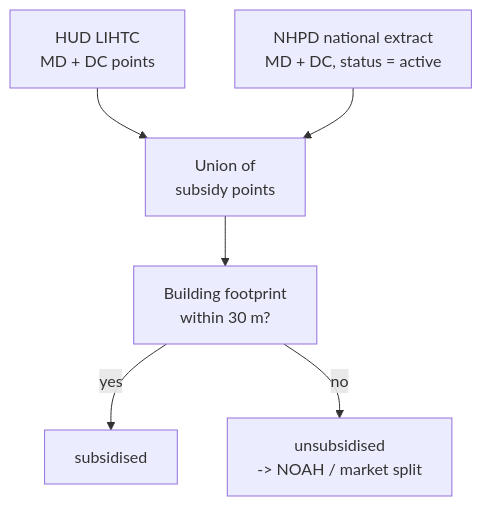
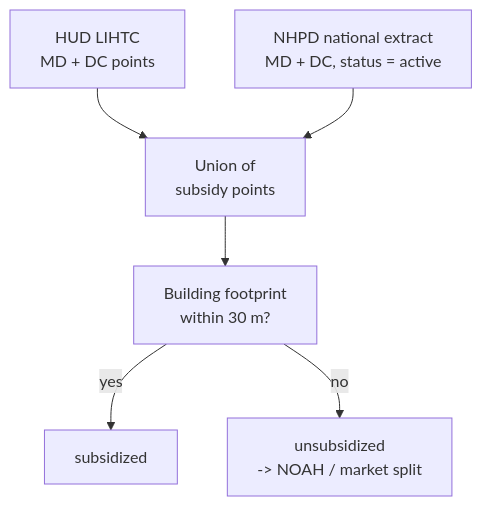
The eighth of 11 diagrams in data-methods.qmd (alibishokputov/green-gap-affordable-housing), drawn with Mermaid before and after one commit. The commit also changed other lines of this file and 15 other files, not shown here.

````diff
--- a/data-methods.qmd
+++ b/data-methods.qmd
@@ -222,8 +232,8 @@
 ```{mermaid}
 flowchart TD
   A["HUD LIHTC<br/>MD + DC points"] --> C["Union of<br/>subsidy points"]
   B["NHPD national extract<br/>MD + DC, status = active"] --> C
   C --> D["Building footprint<br/>within 30 m?"]
-  D -->|yes| E["subsidised"]
-  D -->|no| F["unsubsidised<br/>-> NOAH / market split"]
+  D -->|yes| E["subsidized"]
+  D -->|no| F["unsubsidized<br/>-> NOAH / market split"]
 ```
````
